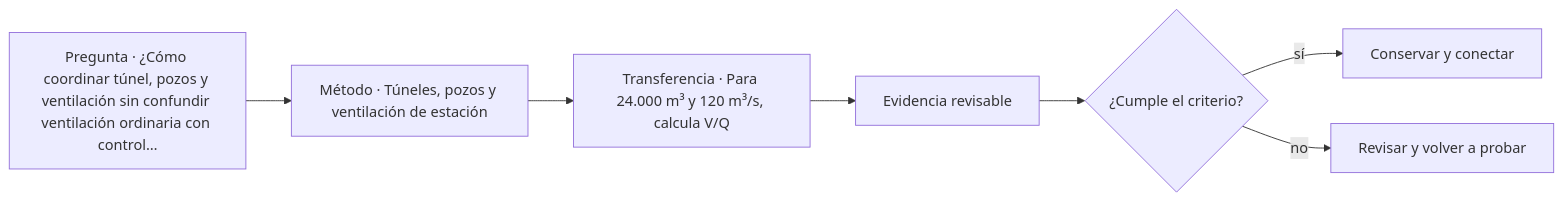
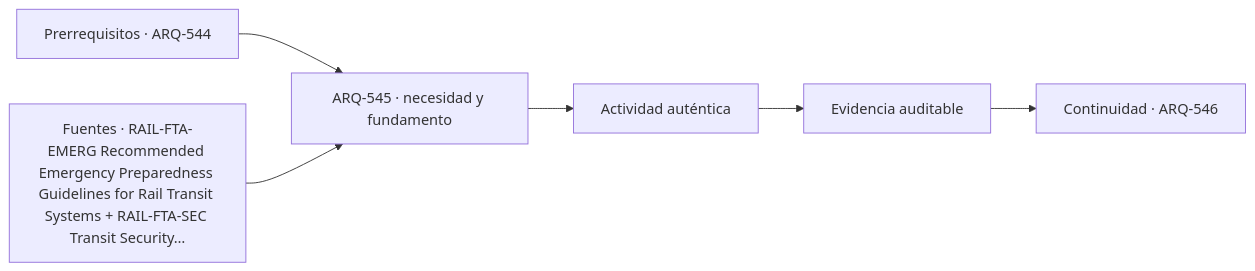
The diagram in classes/parte-55/ARQ-545.md (vladimiracunadev-create/architecture-built-environment-learning-program), drawn with Mermaid before and after one commit. The commit also changed other lines of this file and 761 other files, not shown here.

````diff
--- a/classes/parte-55/ARQ-545.md
+++ b/classes/parte-55/ARQ-545.md
@@ -95,9 +107,8 @@
 ```mermaid
 flowchart LR
-    Q["Pregunta · ¿Cómo coordinar túnel, pozos y ventilación sin confundir ventilación ordinaria con control…"] --> M["Método · Túneles, pozos y ventilación de estación"]
-    M --> P["Transferencia · Para 24.000 m³ y 120 m³/s, calcula V/Q"]
-    P --> E["Evidencia revisable"]
-    E --> C{"¿Cumple el criterio?"}
-    C -->|sí| T["Conservar y conectar"]
-    C -->|no| R["Revisar y volver a probar"]
+    A["Prerrequisitos · ARQ-544"] --> B["ARQ-545 · necesidad y fundamento"]
+    S["Fuentes · RAIL-FTA-EMERG Recommended Emergency Preparedness Guidelines for Rail Transit Systems + RAIL-FTA-SEC Transit Security…"] --> B
+    B --> C["Actividad auténtica"]
+    C --> D["Evidencia auditable"]
+    D --> E["Continuidad · ARQ-546"]
 ```
````
